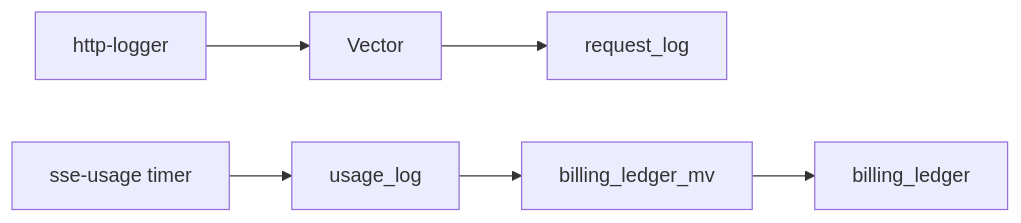
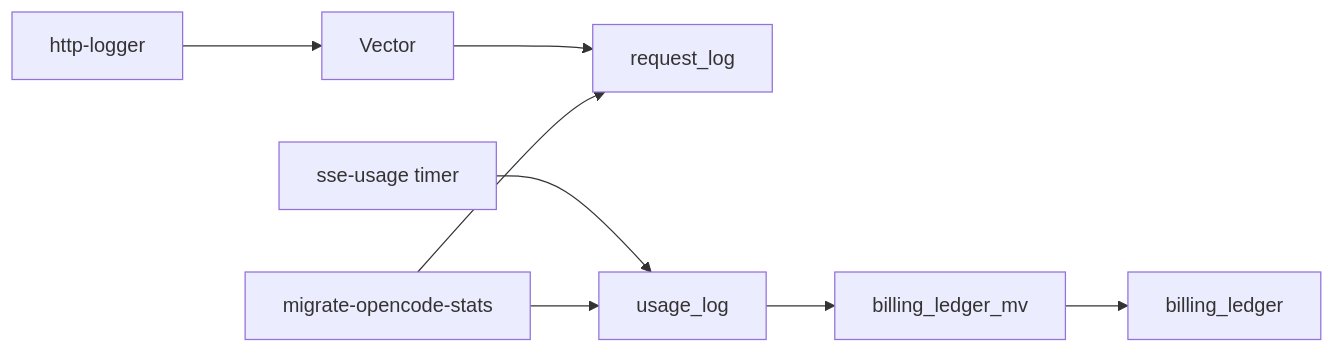
The diagram in docs/architecture/TELEMETRY-AND-SCHEMA.md (Independent-AI-Labs/WORKSPACE-GATEWAY), drawn with Mermaid before and after one commit. The commit also changed other lines of this file and 8 other files, not shown here.

````diff
--- a/docs/architecture/TELEMETRY-AND-SCHEMA.md
+++ b/docs/architecture/TELEMETRY-AND-SCHEMA.md
@@ -6,8 +6,10 @@
 ```mermaid
 graph LR
     HL[http-logger] --> V[Vector]
     V --> RL[request_log]
     SU[sse-usage timer] --> UL[usage_log]
+    MIG[migrate-opencode-stats] --> UL
+    MIG --> RL
     UL --> MV[billing_ledger_mv]
     MV --> BL[billing_ledger]
 ```
````
